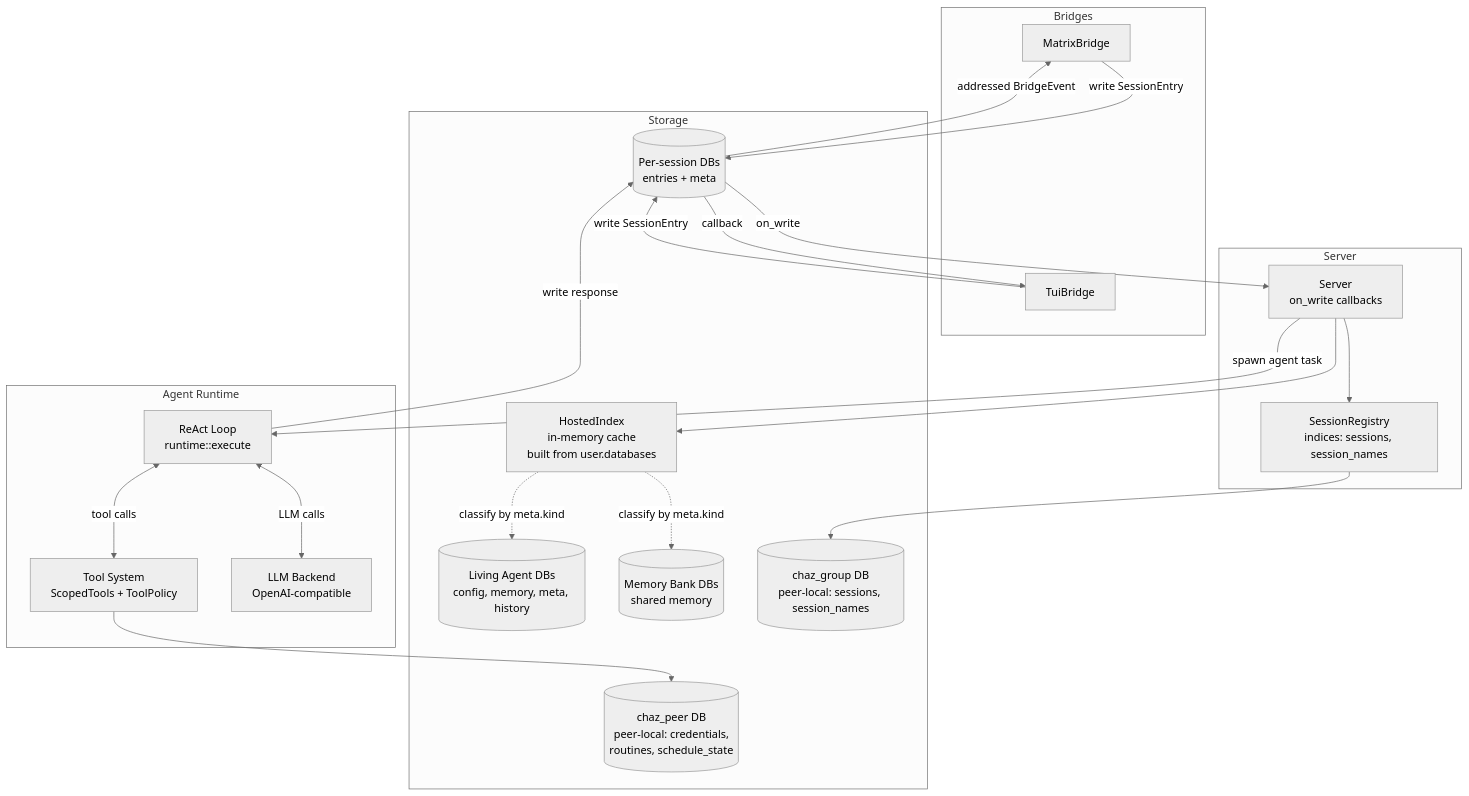
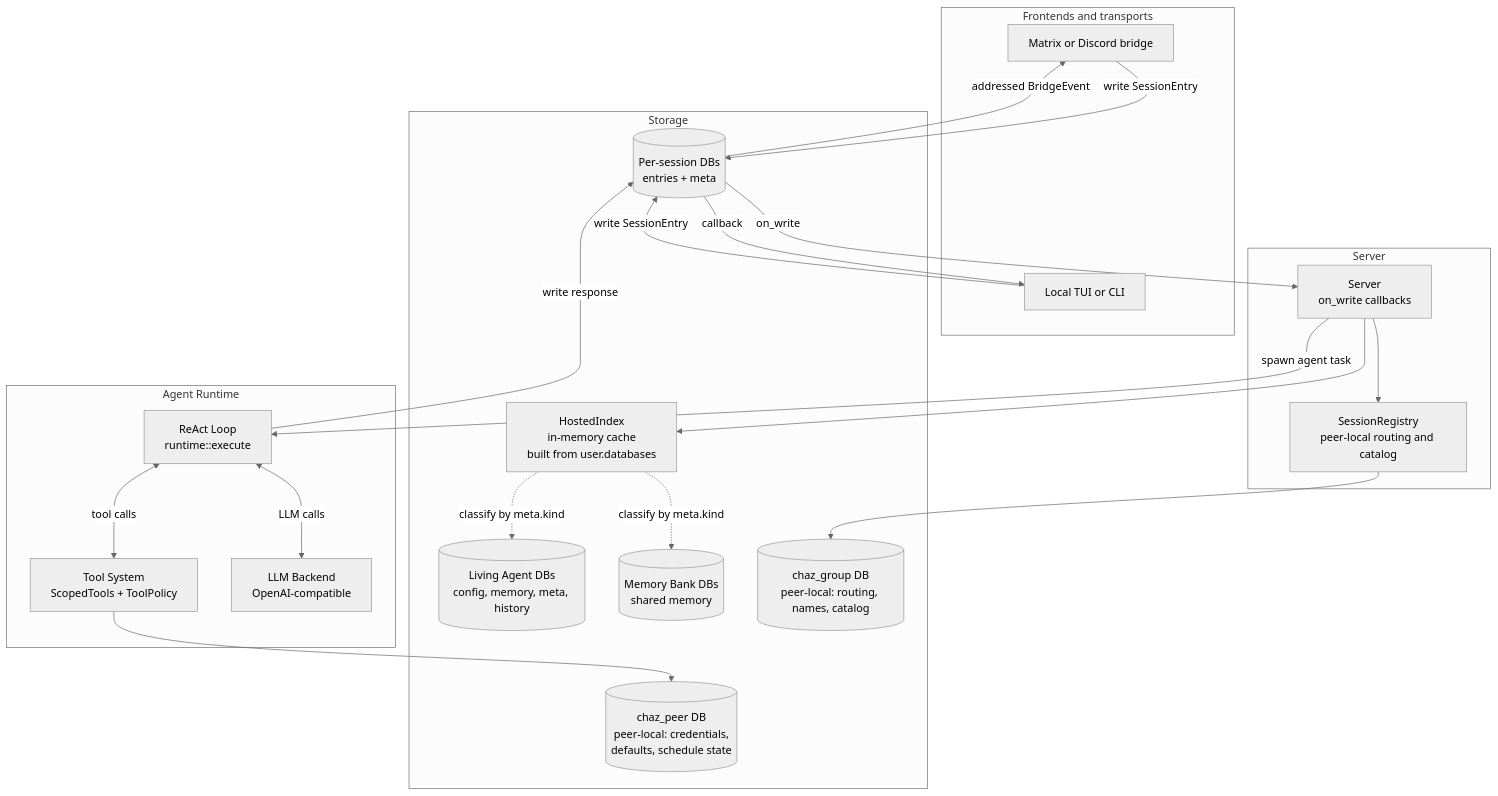
The diagram in docs/src/architecture/overview.md (arcuru/chaz), drawn with Mermaid (neutral theme) before and after one commit. The commit also changed other lines of this file and 9 other files, not shown here.

````diff
--- a/docs/src/architecture/overview.md
+++ b/docs/src/architecture/overview.md
@@ -16,43 +16,43 @@
 ```mermaid
 graph TD
-    subgraph Bridges
-        MG[MatrixBridge]
-        TG[TuiBridge]
+    subgraph "Frontends and transports"
+        MG[Matrix or Discord bridge]
+        TG[Local TUI or CLI]
     end
 
     subgraph Server
         SV[Server<br/>on_write callbacks]
-        SR[SessionRegistry<br/>indices: sessions, session_names]
+        SR[SessionRegistry<br/>peer-local routing and catalog]
     end
 
     subgraph "Agent Runtime"
         RT[ReAct Loop<br/>runtime::execute]
         TS[Tool System<br/>ScopedTools + ToolPolicy]
         LLM[LLM Backend<br/>OpenAI-compatible]
     end
 
     subgraph Storage
         EI[(Per-session DBs<br/>entries + meta)]
         LA[(Living Agent DBs<br/>config, memory, meta, history)]
         MB[(Memory Bank DBs<br/>shared memory)]
-        CG[(chaz_group DB<br/>peer-local: sessions, session_names)]
-        CP[(chaz_peer DB<br/>peer-local: credentials,<br/>routines, schedule_state)]
+        CG[(chaz_group DB<br/>peer-local: routing, names, catalog)]
+        CP[(chaz_peer DB<br/>peer-local: credentials,<br/>defaults, schedule state)]
         HI[HostedIndex<br/>in-memory cache<br/>built from user.databases]
     end
 
     MG -->|write SessionEntry| EI
     TG -->|write SessionEntry| EI
     EI -->|on_write| SV
     SV -->|spawn agent task| RT
     RT <-->|tool calls| TS
     RT <-->|LLM calls| LLM
     RT -->|write response| EI
     EI -->|addressed BridgeEvent| MG
     EI -->|callback| TG
     SV --> SR
     SR --> CG
     TS --> CP
     SV --> HI
     HI -.->|classify by meta.kind| LA
     HI -.->|classify by meta.kind| MB
 ```
````
